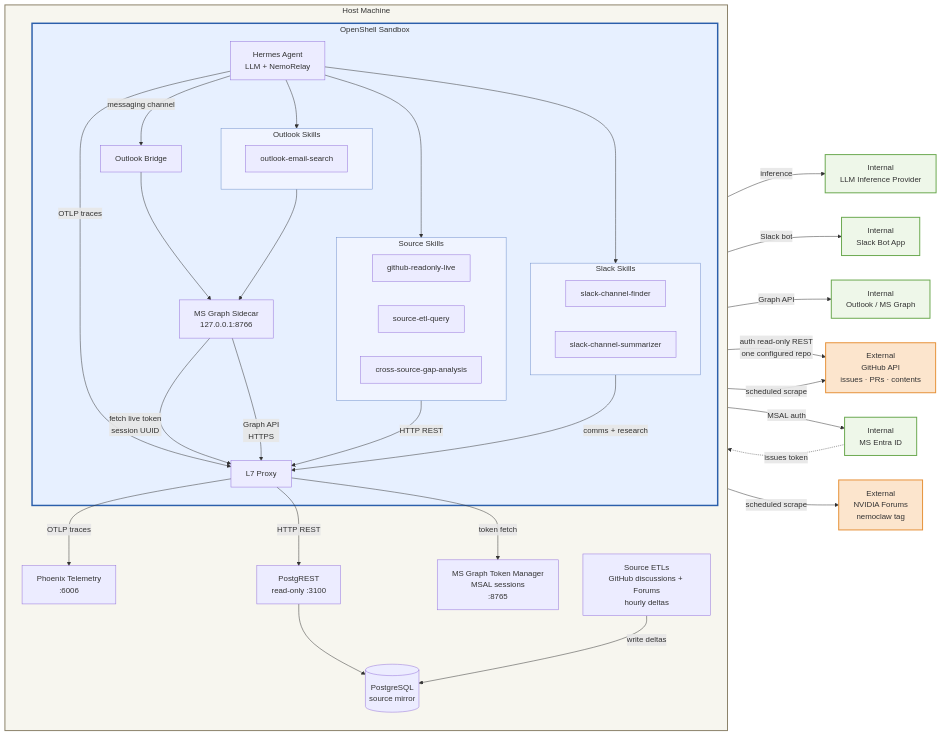
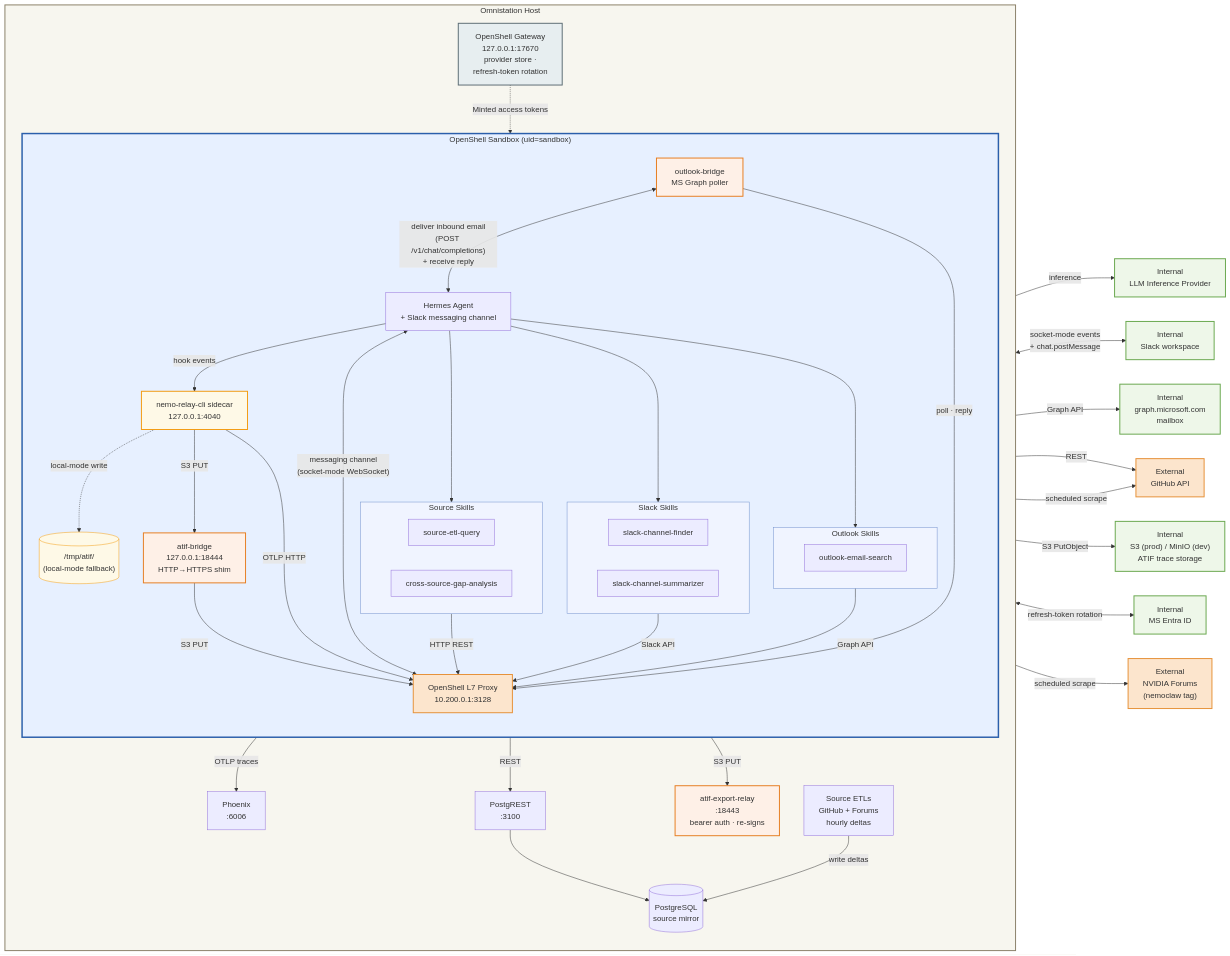
Before and after one commit to NVIDIA/nemoclaw-community: the diagram in examples/personal-community-sentiment-triage/README.md, drawn with Mermaid.

Commit message:
Update mermaid diagram in README.md for personal-community-sentiment-triage example

````diff
--- a/examples/personal-community-sentiment-triage/README.md
+++ b/examples/personal-community-sentiment-triage/README.md
@@ -48,24 +48,29 @@
 ```mermaid
 flowchart LR
-    %% External services declared first so Mermaid binds them outside the host subgraph
+    %% ── External services ─────────────────────────────────────────
     nvidia["Internal\nLLM Inference Provider"]
-    slack["Internal\nSlack Bot App"]
-    outlook["Internal\nOutlook / MS Graph"]
+    slack["Internal\nSlack workspace"]
+    outlook["Internal\ngraph.microsoft.com\nmailbox"]
     entra["Internal\nMS Entra ID"]
-    github["External\nGitHub API\nissues · PRs · contents"]
-    forums["External\nNVIDIA Forums\nnemoclaw tag"]
+    github["External\nGitHub API"]
+    forums["External\nNVIDIA Forums\n(nemoclaw tag)"]
+    s3["Internal\nS3 (prod) / MinIO (dev)\nATIF trace storage"]
 
-    subgraph host["Host Machine"]
+    %% ── Host ──────────────────────────────────────────────────────
+    subgraph host["Omnistation Host"]
         direction TB
 
-        subgraph sandbox["OpenShell Sandbox"]
-            agent["Hermes Agent\nLLM + NemoRelay"]
-            outlookBridge["Outlook Bridge"]
-            credSidecar["MS Graph Sidecar\n127.0.0.1:8766"]
+        subgraph sandbox["OpenShell Sandbox (uid=sandbox)"]
+            direction TB
+
+            agent["Hermes Agent\n+ Slack messaging channel"]
+            outlookBridge["outlook-bridge\nMS Graph poller"]
+            nemoSidecar["nemo-relay-cli sidecar\n127.0.0.1:4040"]
+            traceDisk[("/tmp/atif/\n(local-mode fallback)")]
+            atifBridge["atif-bridge\n127.0.0.1:18444\nHTTP→HTTPS shim"]
 
             subgraph sourceSkills["Source Skills"]
                 direction LR
-                s0["github-readonly-live"]
                 s1["source-etl-query"]
                 s4["cross-source-gap-analysis"]
             end
@@ -81,52 +86,67 @@
                 o1["outlook-email-search"]
             end
 
+            outlookBridge <-->|"deliver inbound email\n(POST /v1/chat/completions)\n+ receive reply"| agent
+
             agent --> sourceSkills
             agent --> slackSkills
-            agent -->|"messaging channel"| outlookBridge
             agent --> outlookSkills
-            agent -->|"OTLP traces"| proxy
-            sourceSkills -->|"HTTP REST"| proxy
-            slackSkills -->|"comms + research"| proxy
-            outlookSkills --> credSidecar
-            outlookBridge --> credSidecar
-            credSidecar -->|"fetch live token\nsession UUID"| proxy
-            credSidecar -->|"Graph API\nHTTPS"| proxy
+            agent -->|"hook events"| nemoSidecar
+            nemoSidecar -.->|"local-mode write"| traceDisk
+            nemoSidecar -->|"S3 PUT"| atifBridge
+            nemoSidecar -->|"OTLP HTTP"| l7
+            atifBridge -->|"S3 PUT"| l7
+            outlookBridge -->|"poll · reply"| l7
+            agent <-->|"messaging channel\n(socket-mode WebSocket)"| l7
+            sourceSkills -->|"HTTP REST"| l7
+            slackSkills -->|"Slack API"| l7
+            outlookSkills -->|"Graph API"| l7
         end
 
-        proxy["L7 Proxy"]
-        phoenix["Phoenix Telemetry\n:6006"]
-        postgrest["PostgREST\nread-only :3100"]
+        l7["OpenShell L7 Proxy\n10.200.0.1:3128"]
+        gateway["OpenShell Gateway\n127.0.0.1:17670\nprovider store ·\nrefresh-token rotation"]
+        atifRelay["atif-export-relay\n:18443\nbearer auth · re-signs"]
+        phoenix["Phoenix\n:6006"]
+        postgrest["PostgREST\n:3100"]
         postgres[("PostgreSQL\nsource mirror")]
-        etls["Source ETLs\nGitHub discussions + Forums\nhourly deltas"]
-        tokenManager["MS Graph Token Manager\nMSAL sessions\n:8765"]
+        etls["Source ETLs\nGitHub + Forums\nhourly deltas"]
 
-        proxy -->|"OTLP traces"| phoenix
-        proxy -->|"HTTP REST"| postgrest
-        proxy -->|"token fetch"| tokenManager
+        l7 -->|"OTLP traces"| phoenix
+        l7 -->|"REST"| postgrest
+        l7 -->|"S3 PUT"| atifRelay
         postgrest --> postgres
         etls -->|"write deltas"| postgres
+        gateway -.->|"Minted access tokens"| l7
     end
 
-    %% Cross-boundary edges (host → external) live outside any subgraph
-    proxy -->|"inference"| nvidia
-    proxy -->|"Slack bot"| slack
-    proxy -->|"Graph API"| outlook
-    proxy -->|"auth read-only REST\none configured repo"| github
-    tokenManager -->|"MSAL auth"| entra
-    entra -.->|"issues token"| tokenManager
+    %% ── Cross-boundary egress ─────────────────────────────────────
+    l7 -->|"inference"| nvidia
+    l7 <-->|"socket-mode events\n+ chat.postMessage"| slack
+    l7 -->|"Graph API"| outlook
+    l7 -->|"REST"| github
+    atifRelay -->|"S3 PutObject"| s3
+    gateway <-->|"refresh-token rotation"| entra
     etls -->|"scheduled scrape"| github
     etls -->|"scheduled scrape"| forums
 
+    %% ── Styles ────────────────────────────────────────────────────
     style host fill:#f7f6ef,stroke:#8a8068,stroke-width:2px
     style sandbox fill:#e7f0ff,stroke:#2b5fab,stroke-width:3px
     style sourceSkills fill:#f0f4ff,stroke:#7090cc,stroke-width:1px
     style slackSkills fill:#f0f4ff,stroke:#7090cc,stroke-width:1px
     style outlookSkills fill:#f0f4ff,stroke:#7090cc,stroke-width:1px
+    style nemoSidecar fill:#fef9e7,stroke:#f39c12,stroke-width:2px
+    style traceDisk fill:#fef9e7,stroke:#f39c12,stroke-width:1px
+    style atifBridge fill:#fef0e7,stroke:#e67e22,stroke-width:2px
+    style atifRelay fill:#fef0e7,stroke:#e67e22,stroke-width:2px
+    style outlookBridge fill:#fef0e7,stroke:#e67e22,stroke-width:2px
+    style l7 fill:#fce5cd,stroke:#e69138,stroke-width:2px
+    style gateway fill:#e7eef0,stroke:#5d6d75,stroke-width:2px
+    style s3 fill:#eef7e9,stroke:#6aa84f,stroke-width:2px
 
     classDef internal fill:#eef7e9,stroke:#6aa84f,stroke-width:2px
     classDef external fill:#fce5cd,stroke:#e69138,stroke-width:2px
 
-    class nvidia,slack,outlook,entra internal
+    class nvidia,slack,outlook,entra,s3 internal
     class github,forums external
 ```
````
